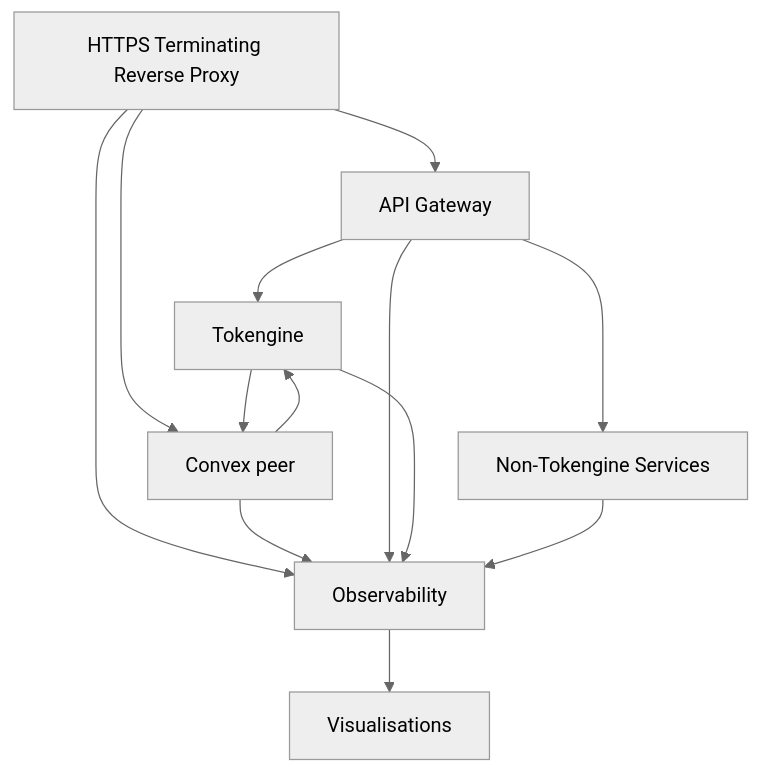
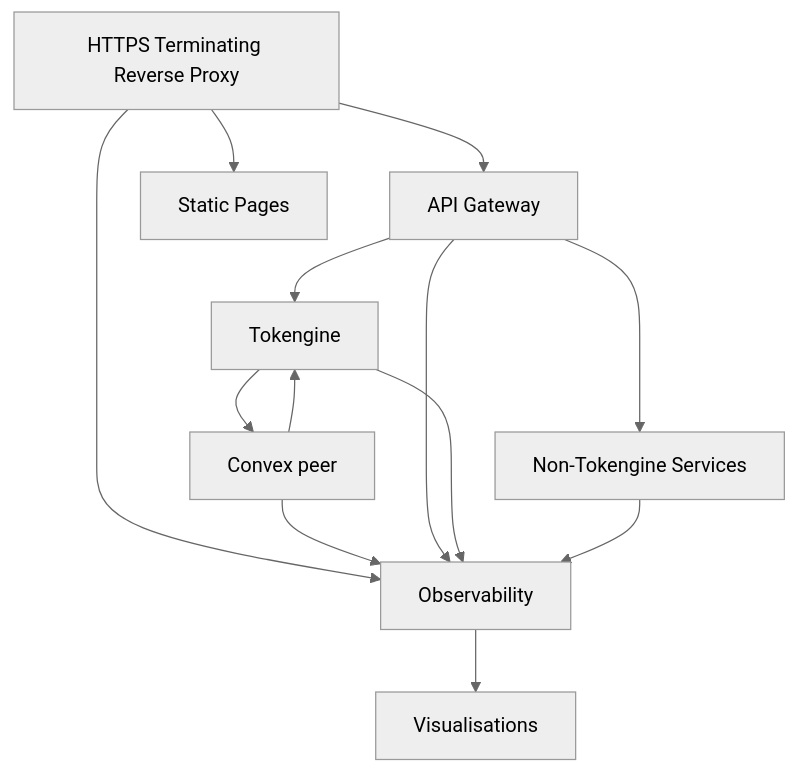
One commit to Convex-Dev/tokengine changed the first of 2 diagrams in infra/README.md. Above: the diagram before and after it, drawn with Mermaid (neutral theme).

````diff
--- a/infra/README.md
+++ b/infra/README.md
@@ -7,15 +7,15 @@
 ```mermaid
 graph TD
     A[HTTPS Terminating Reverse Proxy] --> B[API Gateway]
-    A --> G[Static Pages]
+    A --> H[Static Pages]
     B --> C[Tokengine]
     B --> D[Non-Tokengine Services]
     C --> G[Convex peer]
     G --> C
     A --> E[Observability]
     G --> E
     B --> E
     C --> E
     D --> E
     E --> F[Visualisations]
 ```
````
